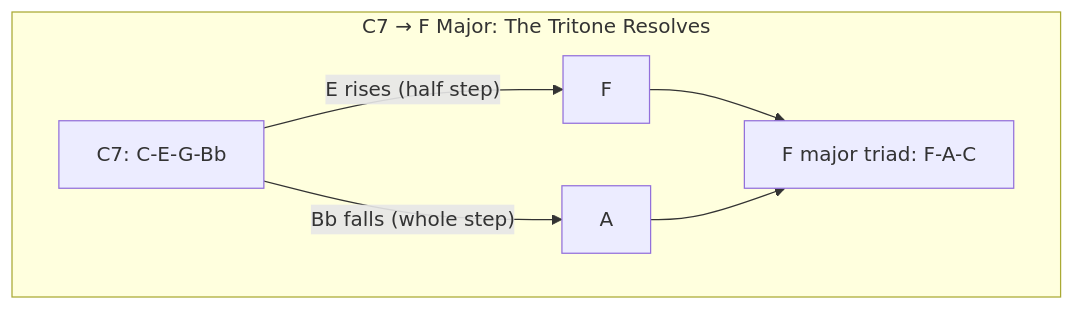
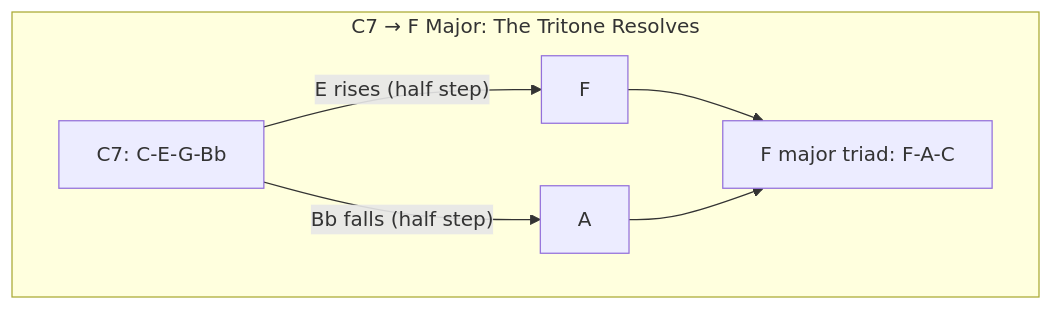
The third of 4 diagrams in topics/arts/composition/music_theory/labs.md (blebleblee/synapse), drawn with Mermaid before and after one commit. The commit also changed other lines of this file and 112 other files, not shown here.

````diff
--- a/topics/arts/composition/music_theory/labs.md
+++ b/topics/arts/composition/music_theory/labs.md
@@ -180,9 +180,9 @@
 ```mermaid
 graph TD
     subgraph sub_dominant_resolution ["C7 → F Major: The Tritone Resolves"]
         C7["C7: C-E-G-Bb"] -->|"E rises (half step)"| F1["F"]
-        C7 -->|"Bb falls (whole step)"| A1["A"]
+        C7 -->|"Bb falls (half step)"| A1["A"]
         F1 --> FMAJ["F major triad: F-A-C"]
         A1 --> FMAJ
     end
 ```
````
